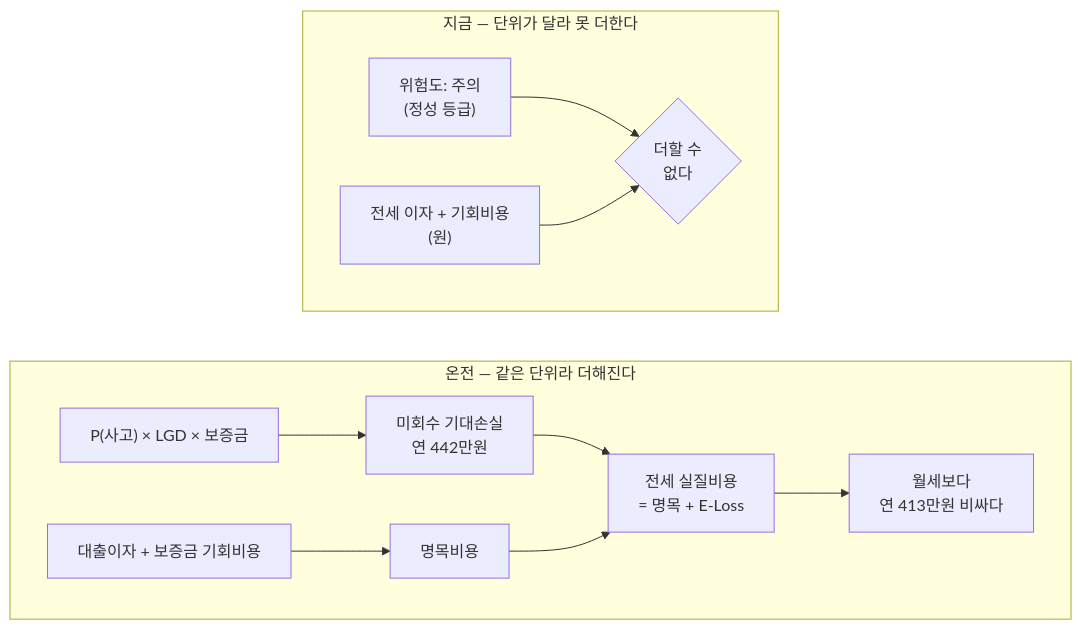
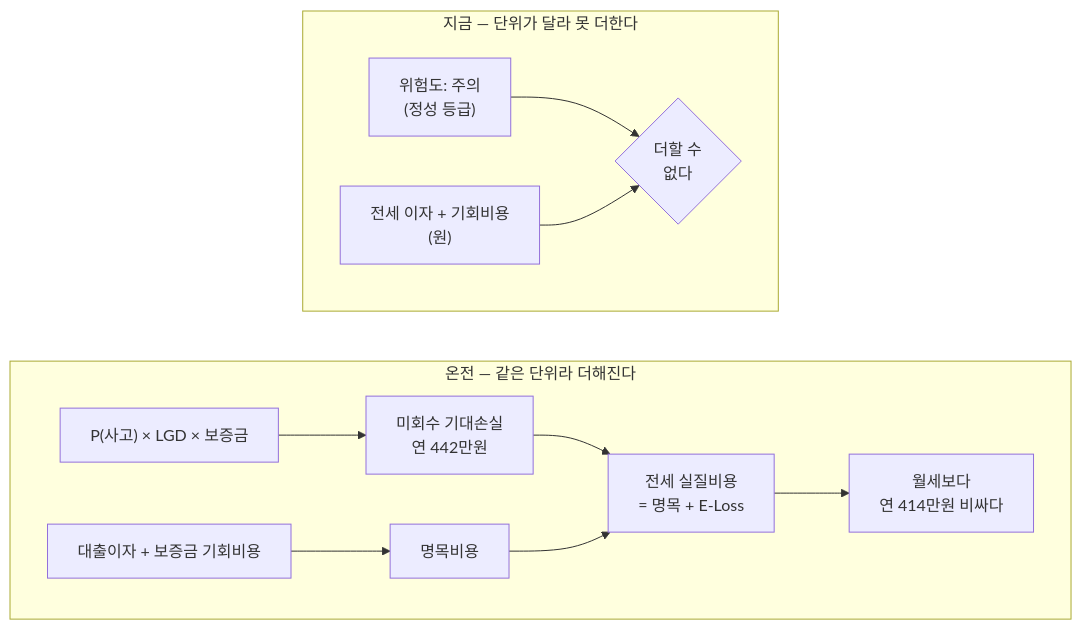
Before and after one commit to Daegyu519/onjeon: the first of 3 diagrams in docs/summary.md, drawn with Mermaid. The commit also changed other lines of this file, not shown here.

````diff
--- a/docs/summary.md
+++ b/docs/summary.md
@@ -120,18 +118,18 @@
 ```mermaid page=landscape title="등급은 못 더하고, 기대손실은 더해진다"
 graph LR
 %% 서브그래프는 선언 역순으로 쌓인다 — '지금'을 위에 두려고 '온전'을 먼저 적었다.
     subgraph ONJEON["온전 — 같은 단위라 더해진다"]
         direction LR
         C["P(사고) × LGD × 보증금"] --> D["미회수 기대손실<br/>연 442만원"]
         E["대출이자 + 보증금 기회비용"] --> F["명목비용"]
         D --> G["전세 실질비용<br/>= 명목 + E-Loss"]
         F --> G
-        G --> H["월세보다<br/>연 413만원 비싸다"]
+        G --> H["월세보다<br/>연 414만원 비싸다"]
     end
 
     subgraph NOW["지금 — 단위가 달라 못 더한다"]
         direction LR
         A["위험도: 주의<br/>(정성 등급)"] --> X{"더할 수<br/>없다"}
         B["전세 이자 + 기회비용<br/>(원)"] --> X
     end
 ```
````
